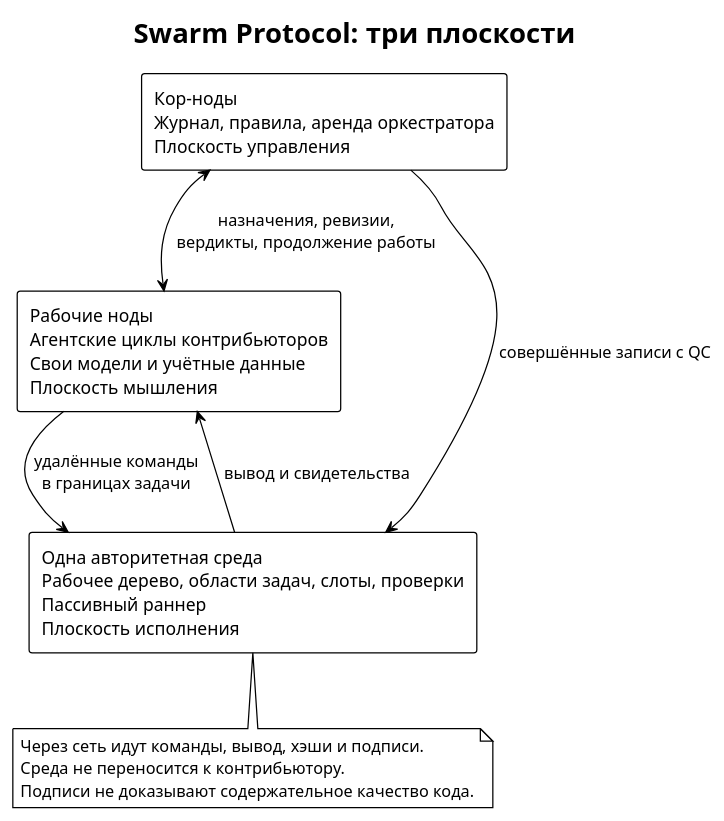
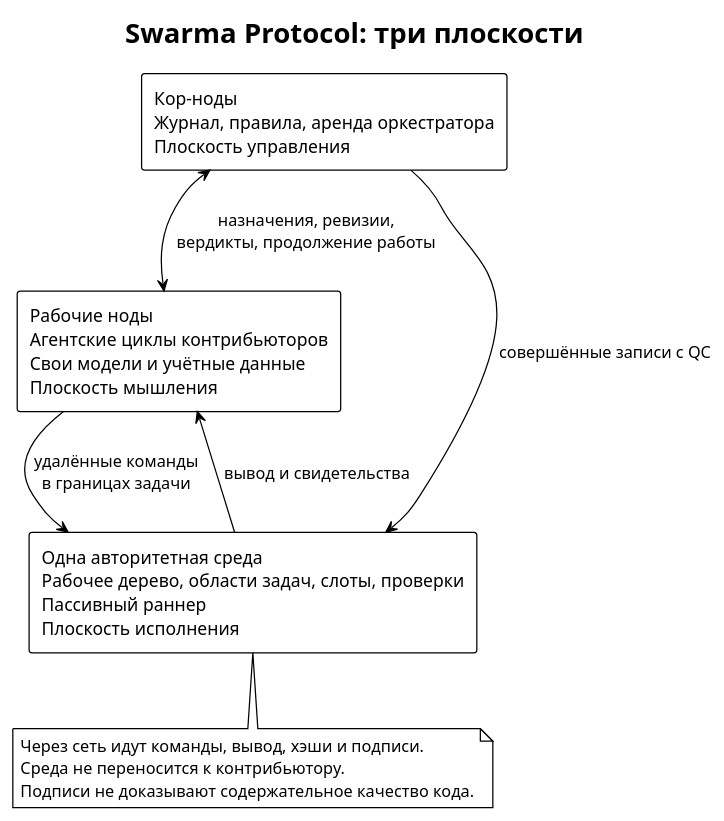
One commit to relux-works/swarma-docs changed the diagram in book/src/protocol-topology.puml. Above: the diagram before and after it, drawn with PlantUML. The commit also changed 61 other files, not shown here.

```diff
--- a/book/src/protocol-topology.puml
+++ b/book/src/protocol-topology.puml
@@ -1,18 +1,18 @@
 @startuml protocol-topology
 !theme plain
 skinparam defaultFontName "PT Sans"
 skinparam shadowing false
-title Swarm Protocol: три плоскости
+title Swarma Protocol: три плоскости
 rectangle "Рабочие ноды\nАгентские циклы контрибьюторов\nСвои модели и учётные данные\nПлоскость мышления" as W
 rectangle "Кор-ноды\nЖурнал, правила, аренда оркестратора\nПлоскость управления" as C
 rectangle "Одна авторитетная среда\nРабочее дерево, области задач, слоты, проверки\nПассивный раннер\nПлоскость исполнения" as E
 C <--> W : назначения, ревизии,\nвердикты, продолжение работы
 C --> E : совершённые записи с QC
 W --> E : удалённые команды\nв границах задачи
 E --> W : вывод и свидетельства
 note bottom of E
   Через сеть идут команды, вывод, хэши и подписи.
   Среда не переносится к контрибьютору.
   Подписи не доказывают содержательное качество кода.
 end note
 @enduml
```
